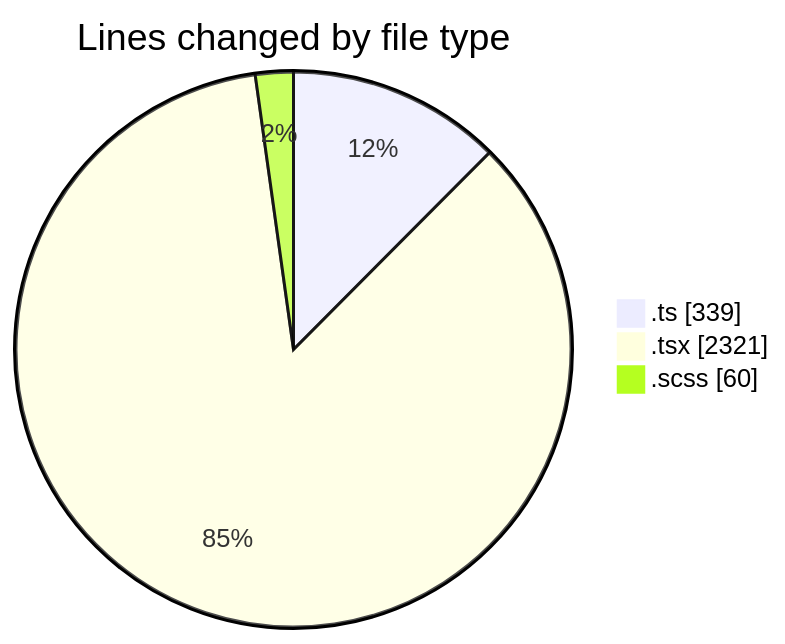
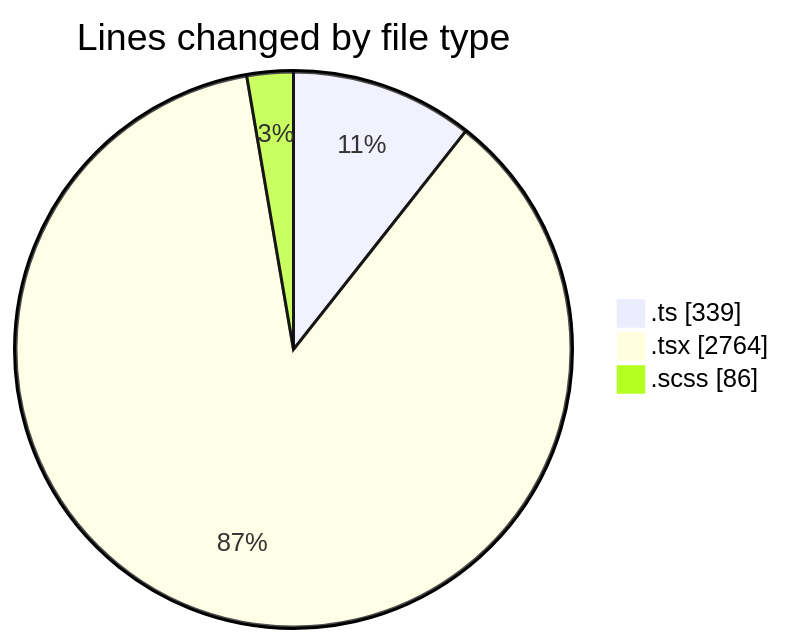
The first of 2 diagrams in 2026-10-21/cda/README.md (momahboobian/code-tracking), drawn with Mermaid before and after one commit. The commit also changed other lines of this file and 1 other file, not shown here.

````diff
--- a/2026-10-21/cda/README.md
+++ b/2026-10-21/cda/README.md
@@ -27,7 +30,7 @@
 ```mermaid
 pie showData
 title Lines changed by file type
 ".ts" : 339
-".tsx" : 2321
-".scss" : 60
+".tsx" : 2764
+".scss" : 86
 ```
````
